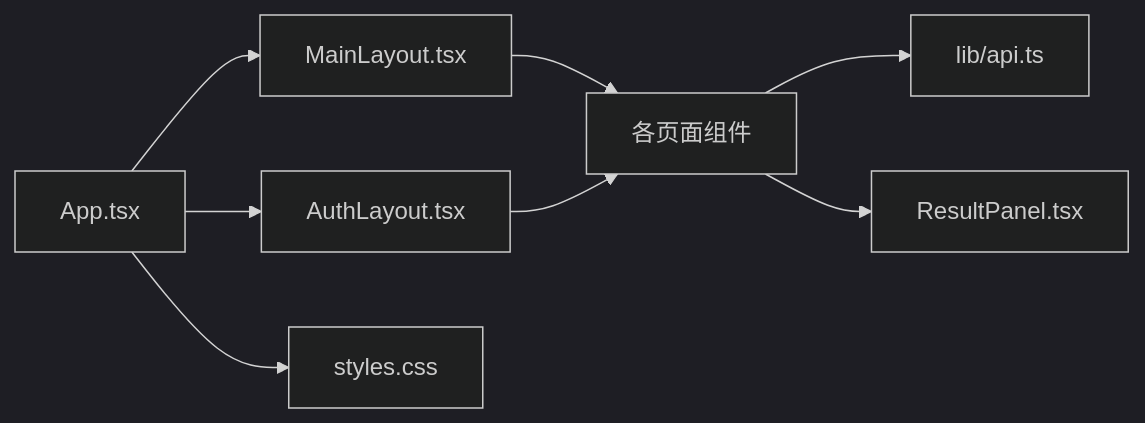
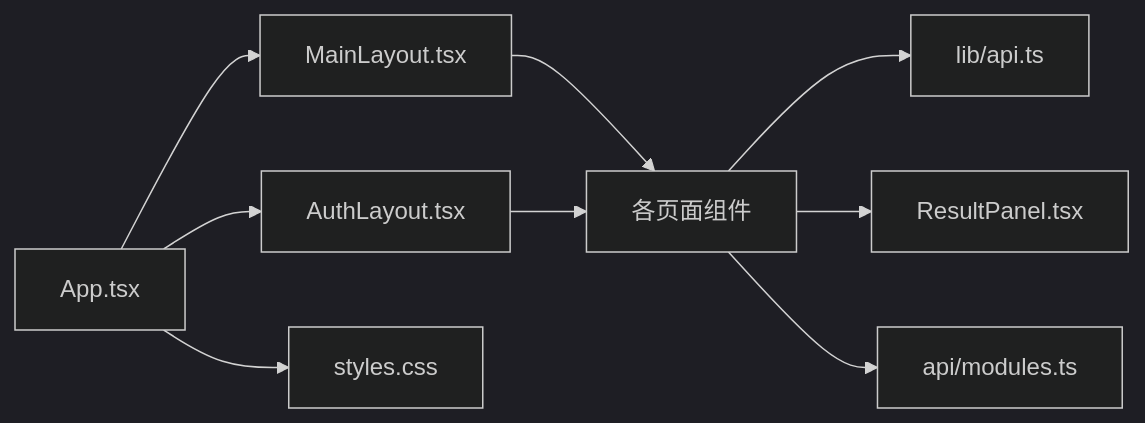
Diagram 13 of 13 in .qoder/repowiki/zh/content/前端组件架构/页面组件/页面组件.md (hanksd769-droid/sailshub), drawn with Mermaid (dark theme) before and after one commit. The commit also changed other lines of this file and 10 other files, not shown here.

````diff
--- a/.qoder/repowiki/zh/content/前端组件架构/页面组件/页面组件.md
+++ b/.qoder/repowiki/zh/content/前端组件架构/页面组件/页面组件.md
@@ -456,10 +382,11 @@
 ```mermaid
 graph LR
 APP["App.tsx"] --> AUTHL["AuthLayout.tsx"]
 APP --> MAINL["MainLayout.tsx"]
 MAINL --> PAGES["各页面组件"]
 AUTHL --> PAGES
 PAGES --> API["lib/api.ts"]
 PAGES --> RESULTP["ResultPanel.tsx"]
+PAGES --> MODULES["api/modules.ts"]
 APP --> STY["styles.css"]
 ```
````
